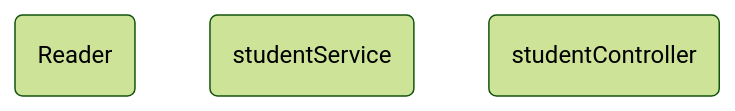
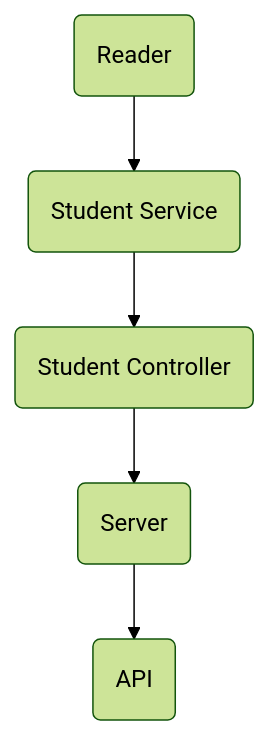
Before and after one commit to EslebanPerez/Visual-Thinking-API: the first of 4 diagrams in README.md, drawn with Mermaid (forest theme). The commit also changed other lines of this file, not shown here.

````diff
--- a/README.md
+++ b/README.md
@@ -26,8 +30,11 @@
 ``` mermaid
 graph TD;
- A(Reader)
- B(studentService)
- c(studentController)
-
+ A(Reader);
+ B(Student Service);
+ C(Student Controller);
+ D(Server);
+ E(API);
+ 
+    A --> B --> C --> D --> E
 
 ```
````
